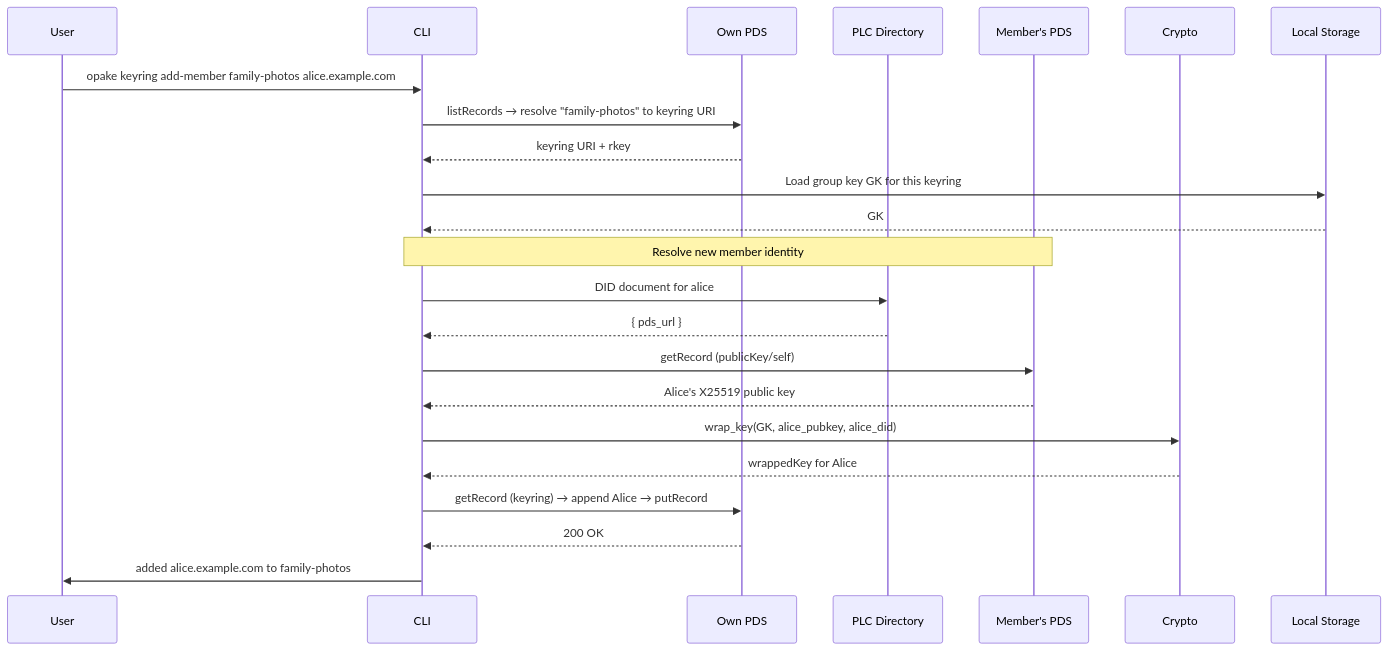
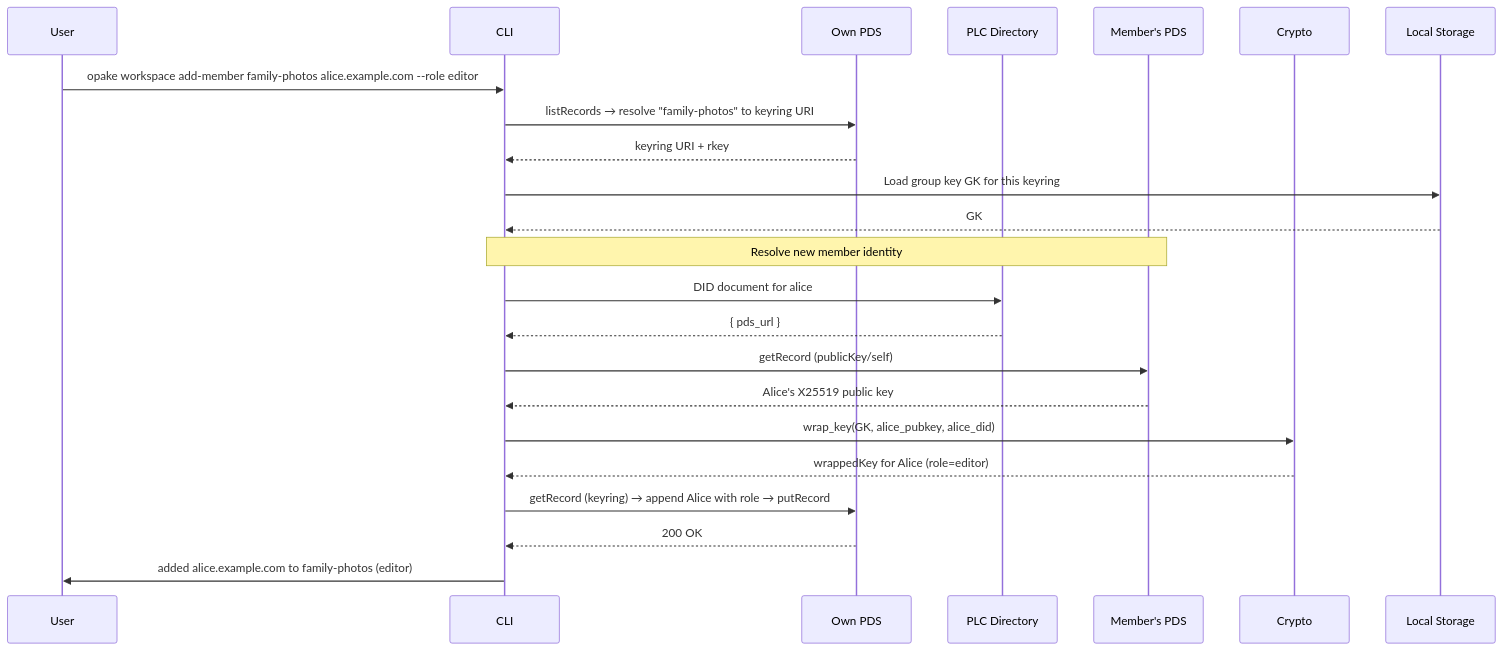
One commit to Sans-Self/Opake changed the fourth of 7 diagrams in docs/flows/keyrings.md. Above: the diagram before and after it, drawn with Mermaid. The commit also changed other lines of this file and 363 other files, not shown here.

First line of the commit message:
Workspace rework: proposals, daemon, cache layer, member management

````diff
--- a/docs/flows/keyrings.md
+++ b/docs/flows/keyrings.md
@@ -81,32 +81,32 @@
 ```mermaid
 sequenceDiagram
     participant User
     participant CLI
     participant PDS as Own PDS
     participant PLC as PLC Directory
     participant MemberPDS as Member's PDS
     participant Crypto
     participant Disk as Local Storage
 
-    User->>CLI: opake keyring add-member family-photos alice.example.com
+    User->>CLI: opake workspace add-member family-photos alice.example.com --role editor
 
     CLI->>PDS: listRecords → resolve "family-photos" to keyring URI
     PDS-->>CLI: keyring URI + rkey
 
     CLI->>Disk: Load group key GK for this keyring
     Disk-->>CLI: GK
 
     Note over CLI,MemberPDS: Resolve new member identity
     CLI->>PLC: DID document for alice
     PLC-->>CLI: { pds_url }
     CLI->>MemberPDS: getRecord (publicKey/self)
     MemberPDS-->>CLI: Alice's X25519 public key
 
     CLI->>Crypto: wrap_key(GK, alice_pubkey, alice_did)
-    Crypto-->>CLI: wrappedKey for Alice
+    Crypto-->>CLI: wrappedKey for Alice (role=editor)
 
-    CLI->>PDS: getRecord (keyring) → append Alice → putRecord
+    CLI->>PDS: getRecord (keyring) → append Alice with role → putRecord
     PDS-->>CLI: 200 OK
 
-    CLI->>User: added alice.example.com to family-photos
+    CLI->>User: added alice.example.com to family-photos (editor)
 ```
````
